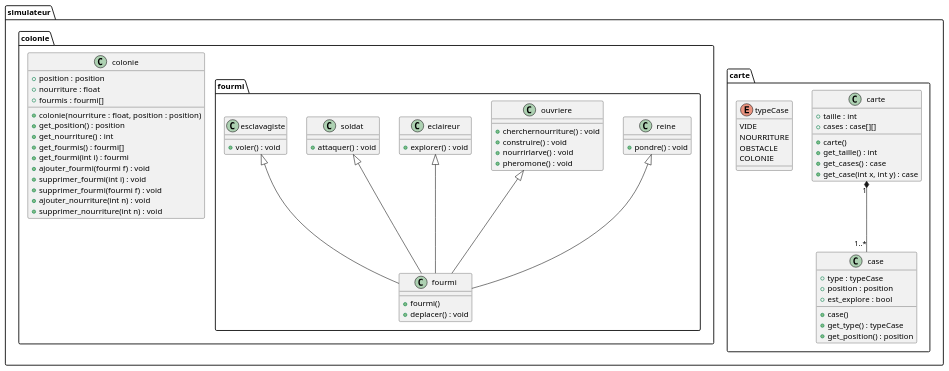
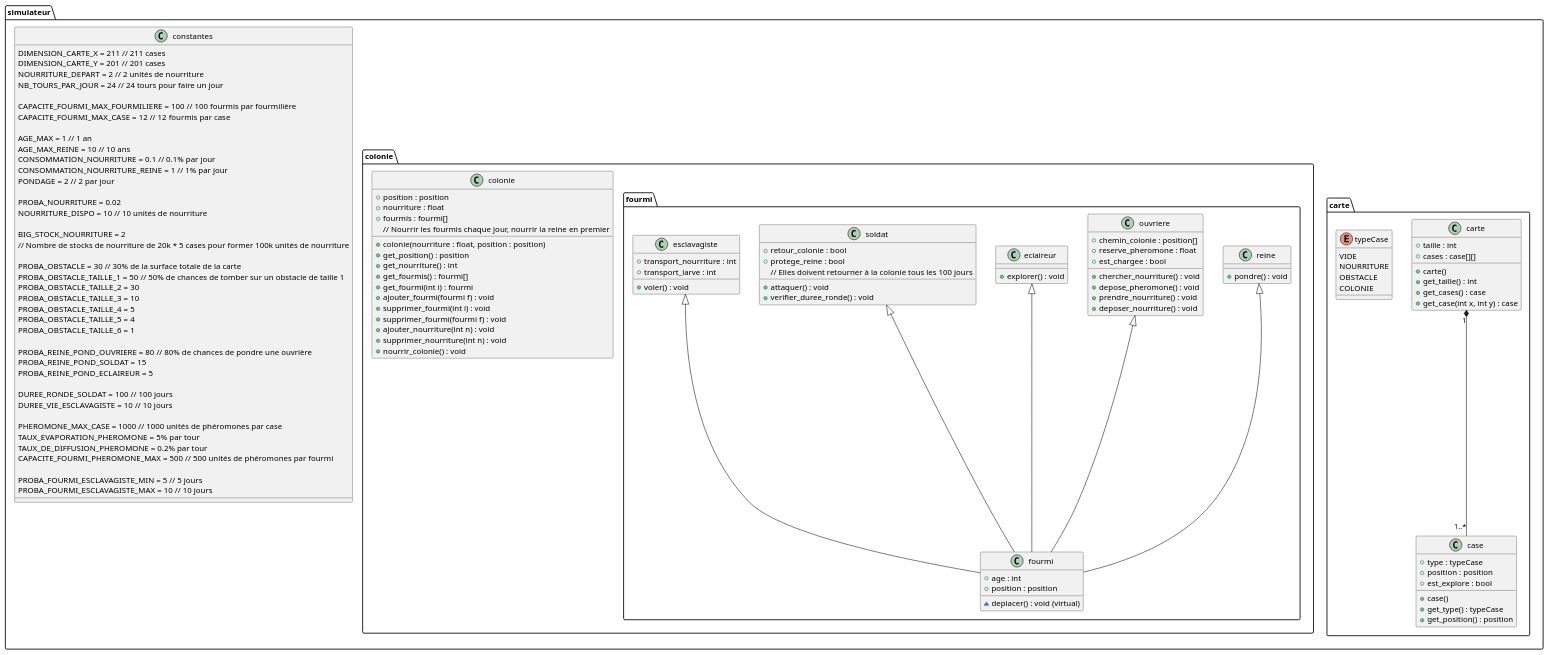
The diagram in docs/conception/classes.puml (uAtomicBoolean/ant-colony), drawn with PlantUML before and after one commit.

Commit message:
docs: :memo: diagramme de classes

```diff
--- a/docs/conception/classes.puml
+++ b/docs/conception/classes.puml
@@ -1,82 +1,138 @@
 @startuml Diagramme de classes
+
 namespace simulateur {
+	class constantes {
+		DIMENSION_CARTE_X = 211 // 211 cases
+		DIMENSION_CARTE_Y = 201 // 201 cases
+		NOURRITURE_DEPART = 2 // 2 unités de nourriture
+		NB_TOURS_PAR_JOUR = 24 // 24 tours pour faire un jour
+
+		CAPACITE_FOURMI_MAX_FOURMILIERE = 100 // 100 fourmis par fourmilière
+		CAPACITE_FOURMI_MAX_CASE = 12 // 12 fourmis par case
+		
+		AGE_MAX = 1 // 1 an
+		AGE_MAX_REINE = 10 // 10 ans
+		CONSOMMATION_NOURRITURE = 0.1 // 0.1% par jour
+		CONSOMMATION_NOURRITURE_REINE = 1 // 1% par jour
+		PONDAGE = 2 // 2 par jour
+
+		PROBA_NOURRITURE = 0.02
+		NOURRITURE_DISPO = 10 // 10 unités de nourriture
+
+		BIG_STOCK_NOURRITURE = 2
+		// Nombre de stocks de nourriture de 20k * 5 cases pour former 100k unités de nourriture
+
+		PROBA_OBSTACLE = 30 // 30% de la surface totale de la carte
+		PROBA_OBSTACLE_TAILLE_1 = 50 // 50% de chances de tomber sur un obstacle de taille 1
+		PROBA_OBSTACLE_TAILLE_2 = 30
+		PROBA_OBSTACLE_TAILLE_3 = 10
+		PROBA_OBSTACLE_TAILLE_4 = 5
+		PROBA_OBSTACLE_TAILLE_5 = 4
+		PROBA_OBSTACLE_TAILLE_6 = 1
+
+		PROBA_REINE_POND_OUVRIERE = 80 // 80% de chances de pondre une ouvrière
+		PROBA_REINE_POND_SOLDAT = 15
+		PROBA_REINE_POND_ECLAIREUR = 5
+
+		DUREE_RONDE_SOLDAT = 100 // 100 jours
+		DUREE_VIE_ESCLAVAGISTE = 10 // 10 jours
+
+		PHEROMONE_MAX_CASE = 1000 // 1000 unités de phéromones par case
+		TAUX_EVAPORATION_PHEROMONE = 5% par tour
+		TAUX_DE_DIFFUSION_PHEROMONE = 0.2% par tour
+		CAPACITE_FOURMI_PHEROMONE_MAX = 500 // 500 unités de phéromones par fourmi
+
+		PROBA_FOURMI_ESCLAVAGISTE_MIN = 5 // 5 jours
+		PROBA_FOURMI_ESCLAVAGISTE_MAX = 10 // 10 jours
+	}
 	namespace carte {
 		class carte {
 			+ taille : int
 			+ cases : case[][]
 			+ carte()
 			+ get_taille() : int
 			+ get_cases() : case
 			+ get_case(int x, int y) : case
 		}
 		class case {
 			+ type : typeCase
 			+ position : position
 			+ est_explore : bool
 			+ case()
 			+ get_type() : typeCase
 			+ get_position() : position
 		}
 		enum typeCase {
 			VIDE
 			NOURRITURE
 			OBSTACLE
 			COLONIE
 		}
 
 		carte "1" *-- "1..*" case
 	}
 
 	namespace colonie {
 		class colonie {
 			+ colonie(nourriture : float, position : position)
 			+ position : position
 			+ nourriture : float
 			+ fourmis : fourmi[]
 			+ get_position() : position
 			+ get_nourriture() : int
 			+ get_fourmis() : fourmi[]
 			+ get_fourmi(int i) : fourmi
 			+ ajouter_fourmi(fourmi f) : void
 			+ supprimer_fourmi(int i) : void
 			+ supprimer_fourmi(fourmi f) : void
 			+ ajouter_nourriture(int n) : void
 			+ supprimer_nourriture(int n) : void
+			+ nourrir_colonie() : void			
+			// Nourrir les fourmis chaque jour, nourrir la reine en premier
 		}
 
 		namespace fourmi {
 			class fourmi {
-				+ fourmi()
-				+ deplacer() : void
+				+ age : int
+				+ position : position
+				~ deplacer() : void (virtual)
 			}
 			class reine {
 				+ pondre() : void
 			}
 			class ouvriere {
-				+ cherchernourriture() : void
-				+ construire() : void
-				+ nourrirlarve() : void
-				+ pheromone() : void
+				+ chemin_colonie : position[]
+				+ reserve_pheromone : float
+				+ est_chargee : bool
+				+ chercher_nourriture() : void
+				+ depose_pheromone() : void
+				+ prendre_nourriture() : void
+				+ deposer_nourriture() : void
 			}
 			class eclaireur {
 				+ explorer() : void
 			}
 			class soldat {
+				+ retour_colonie : bool
+				+ protege_reine : bool
 				+ attaquer() : void
+				+ verifier_duree_ronde() : void
+				// Elles doivent retourner à la colonie tous les 100 jours
 			}
 			class esclavagiste {
+				+ transport_nourriture : int
+				+ transport_larve : int
 				+ voler() : void
 			}
 
 			reine <|-- fourmi
 			ouvriere <|-- fourmi
 			eclaireur <|-- fourmi
 			soldat <|-- fourmi
 			esclavagiste <|-- fourmi
 
 		}
 	}
-
 }
 
 @enduml
```
